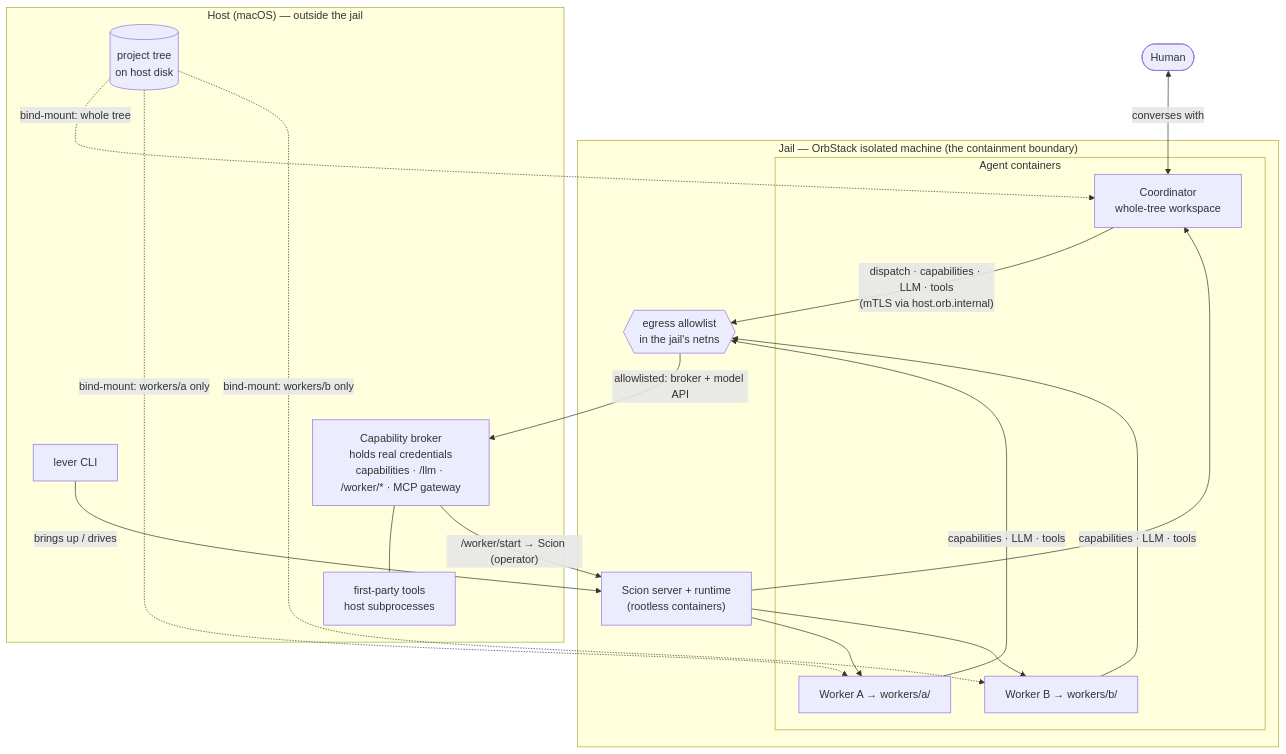
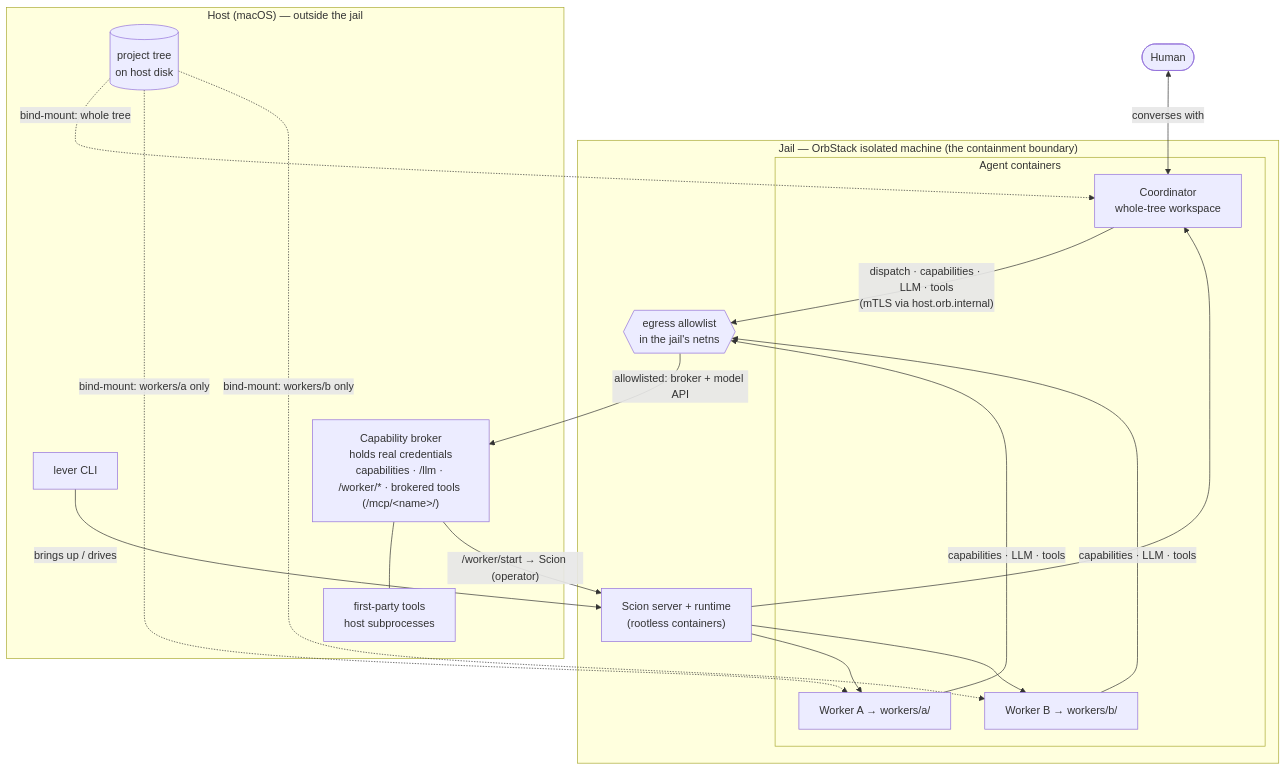
Before and after one commit to stevegeek/lever: the diagram in README.md, drawn with Mermaid. The commit also changed 18 other files, not shown here.

````diff
--- a/README.md
+++ b/README.md
@@ -48,36 +48,36 @@
 ```mermaid
 graph TB
     Hu([Human])
 
     subgraph host["Host (macOS) — outside the jail"]
         CLI[lever CLI]
-        BK["Capability broker<br/>holds real credentials<br/>capabilities · /llm · /worker/* · MCP gateway"]
+        BK["Capability broker<br/>holds real credentials<br/>capabilities · /llm · /worker/* · brokered tools (/mcp/&lt;name&gt;/)"]
         TOOLS[first-party tools<br/>host subprocesses]
         TREE[("project tree<br/>on host disk")]
     end
 
     subgraph jail["Jail — OrbStack isolated machine (the containment boundary)"]
         HUB["Scion server + runtime<br/>(rootless containers)"]
         FW{{egress allowlist<br/>in the jail's netns}}
         subgraph cons["Agent containers"]
             CO["Coordinator<br/>whole-tree workspace"]
             GA["Worker A → workers/a/"]
             GB["Worker B → workers/b/"]
         end
     end
 
     Hu <-->|converses with| CO
     CLI -->|brings up / drives| HUB
     CO -->|"dispatch · capabilities · LLM · tools<br/>(mTLS via host.orb.internal)"| FW
     GA -->|capabilities · LLM · tools| FW
     GB -->|capabilities · LLM · tools| FW
     FW -->|"allowlisted: broker + model API"| BK
     BK --- TOOLS
     BK -->|"/worker/start → Scion (operator)"| HUB
     HUB --> CO
     HUB --> GA
     HUB --> GB
     TREE -.->|"bind-mount: whole tree"| CO
     TREE -.->|"bind-mount: workers/a only"| GA
     TREE -.->|"bind-mount: workers/b only"| GB
 ```
````
